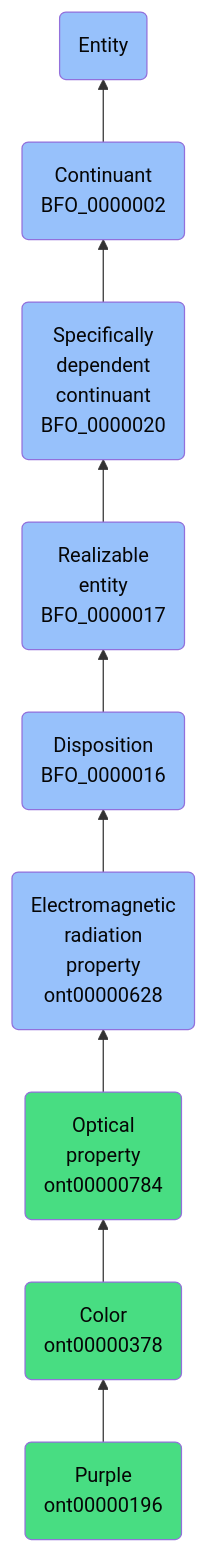
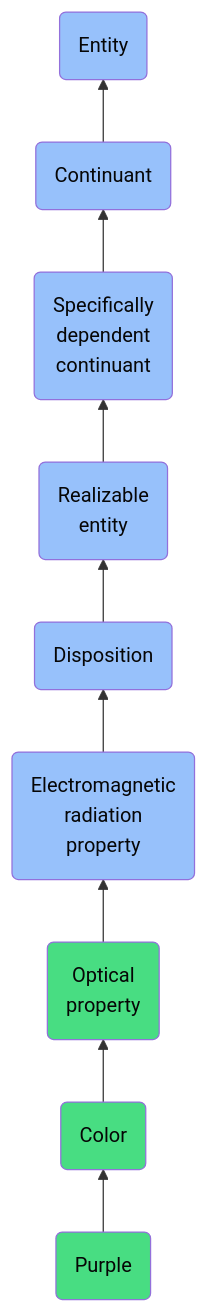
The diagram in docs/ontology/reference/model/Entity/Continuant/Specifically dependent continuant/Realizable entity/Disposition/Electromagnetic radiation property/Optical property/Color/Purple/Purple.md (jupyter-naas/abi), drawn with Mermaid before and after one commit. The commit also changed other lines of this file and 1430 other files, not shown here.

````diff
--- a/docs/ontology/reference/model/Entity/Continuant/Specifically dependent continuant/Realizable entity/Disposition/Electromagnetic radiation property/Optical property/Color/Purple/Purple.md
+++ b/docs/ontology/reference/model/Entity/Continuant/Specifically dependent continuant/Realizable entity/Disposition/Electromagnetic radiation property/Optical property/Color/Purple/Purple.md
@@ -24,16 +24,16 @@
 ```mermaid
 graph BT
-    ont00000196(Purple<br>ont00000196):::ABI-->ont00000378
-    ont00000378(Color<br>ont00000378):::ABI-->ont00000784
-    ont00000784(Optical<br>property<br>ont00000784):::ABI-->ont00000628
-    ont00000628(Electromagnetic<br>radiation<br>property<br>ont00000628):::BFO-->BFO_0000016
-    BFO_0000016(Disposition<br>BFO_0000016):::BFO-->BFO_0000017
-    BFO_0000017(Realizable<br>entity<br>BFO_0000017):::BFO-->BFO_0000020
-    BFO_0000020(Specifically<br>dependent<br>continuant<br>BFO_0000020):::BFO-->BFO_0000002
-    BFO_0000002(Continuant<br>BFO_0000002):::BFO-->BFO_0000001
+    ont00000196(Purple):::ABI-->ont00000378
+    ont00000378(Color):::ABI-->ont00000784
+    ont00000784(Optical<br>property):::ABI-->ont00000628
+    ont00000628(Electromagnetic<br>radiation<br>property):::BFO-->BFO_0000016
+    BFO_0000016(Disposition):::BFO-->BFO_0000017
+    BFO_0000017(Realizable<br>entity):::BFO-->BFO_0000020
+    BFO_0000020(Specifically<br>dependent<br>continuant):::BFO-->BFO_0000002
+    BFO_0000002(Continuant):::BFO-->BFO_0000001
     BFO_0000001(Entity):::BFO
     
     classDef BFO fill:#97c1fb,color:#060606
     classDef CCO fill:#e4c51e,color:#060606
     classDef ABI fill:#48DD82,color:#060606
 ```
````
